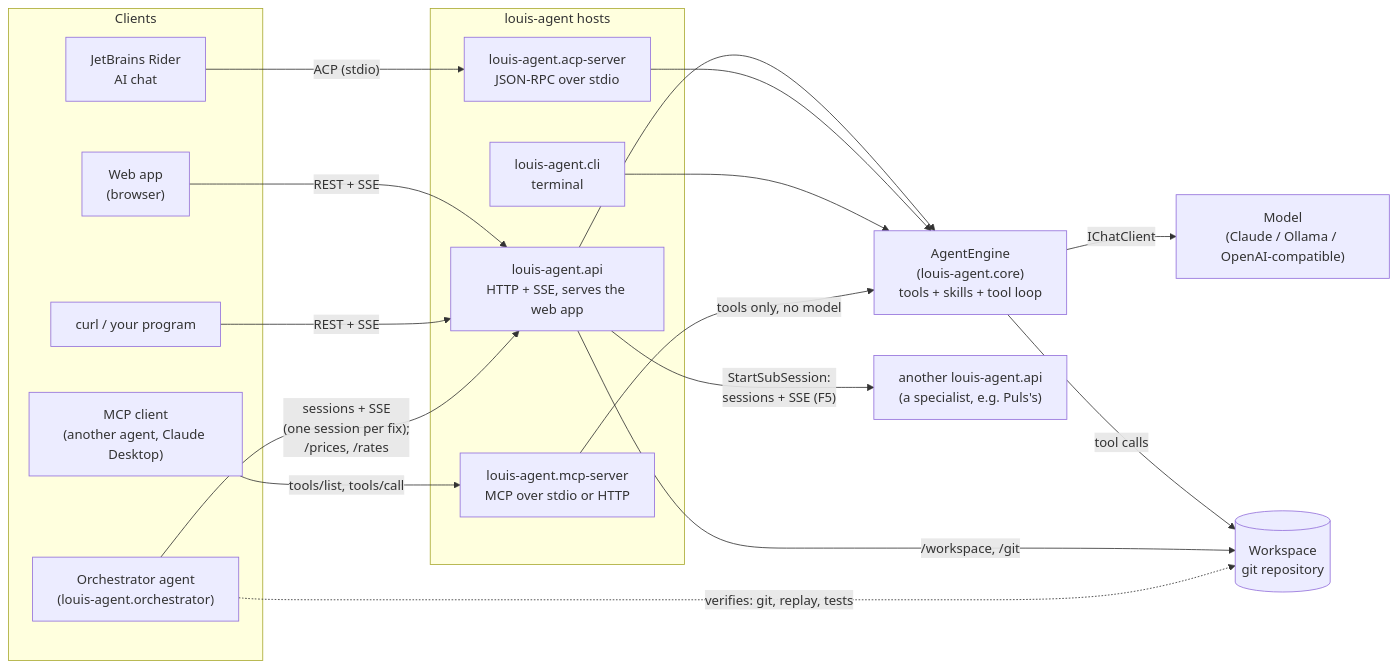
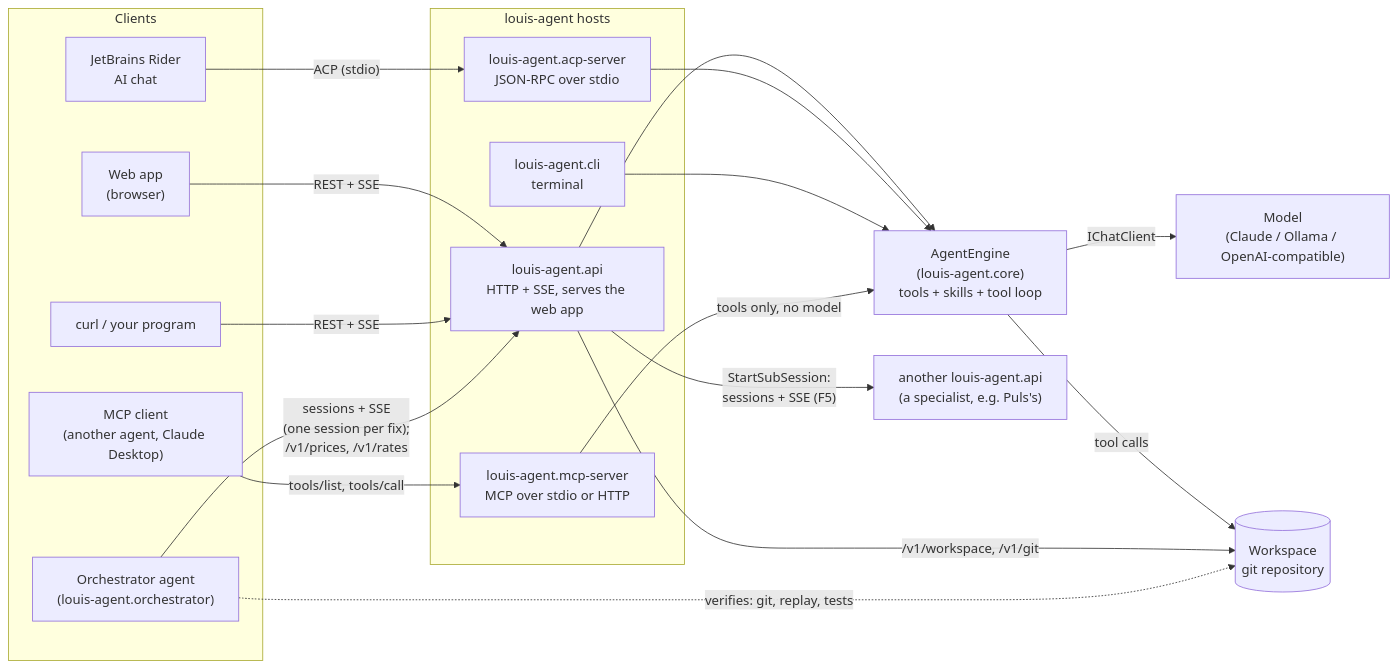
The first of 3 diagrams in docs/AGENT_COMMUNICATION.md (bosbevk/louis-agent), drawn with Mermaid before and after one commit. The commit also changed other lines of this file and 57 other files, not shown here.

````diff
--- a/docs/AGENT_COMMUNICATION.md
+++ b/docs/AGENT_COMMUNICATION.md
@@ -13,36 +13,36 @@
 ```mermaid
 flowchart LR
     subgraph clients["Clients"]
         Browser["Web app<br/>(browser)"]
         Rider["JetBrains Rider<br/>AI chat"]
         Script["curl / your program"]
         McpClient["MCP client<br/>(another agent, Claude Desktop)"]
         Orch["Orchestrator agent<br/>(louis-agent.orchestrator)"]
     end
 
     subgraph hosts["louis-agent hosts"]
         Api["louis-agent.api<br/>HTTP + SSE, serves the web app"]
         Acp["louis-agent.acp-server<br/>JSON-RPC over stdio"]
         Mcp["louis-agent.mcp-server<br/>MCP over stdio or HTTP"]
         Cli["louis-agent.cli<br/>terminal"]
     end
 
     Engine["AgentEngine<br/>(louis-agent.core)<br/>tools + skills + tool loop"]
     Model["Model<br/>(Claude / Ollama / OpenAI-compatible)"]
     Repo[("Workspace<br/>git repository")]
 
     Browser -- "REST + SSE" --> Api
     Script -- "REST + SSE" --> Api
-    Orch -- "sessions + SSE<br/>(one session per fix);<br/>/prices, /rates" --> Api
+    Orch -- "sessions + SSE<br/>(one session per fix);<br/>/v1/prices, /v1/rates" --> Api
     Rider -- "ACP (stdio)" --> Acp
     McpClient -- "tools/list, tools/call" --> Mcp
     Api --> Engine
     Acp --> Engine
     Cli --> Engine
     Mcp -- "tools only, no model" --> Engine
     Engine -- "IChatClient" --> Model
     Engine -- "tool calls" --> Repo
-    Api -- "/workspace, /git" --> Repo
+    Api -- "/v1/workspace, /v1/git" --> Repo
     Orch -. "verifies: git, replay, tests" .-> Repo
     Api -- "StartSubSession:<br/>sessions + SSE (F5)" --> Peer["another louis-agent.api<br/>(a specialist, e.g. Puls's)"]
 ```
````
